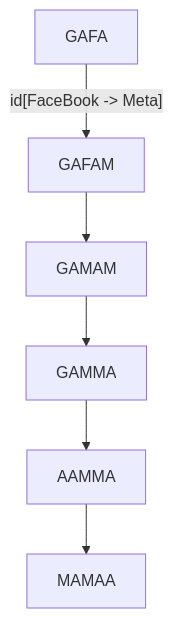
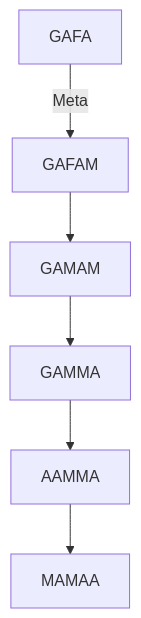
One commit to bebetakumi/mermaid changed the diagram in 遊び用/GAMMA.md. Above: the diagram before and after it, drawn with Mermaid.

````diff
--- a/遊び用/GAMMA.md
+++ b/遊び用/GAMMA.md
@@ -1,6 +1,6 @@
 ```mermaid
 flowchart TD
 
-GAFA -- id[FaceBook -> Meta] --> GAFAM --> GAMAM --> GAMMA --> AAMMA --> MAMAA
+GAFA -- Meta --> GAFAM --> GAMAM --> GAMMA --> AAMMA --> MAMAA
 
 ```
````
